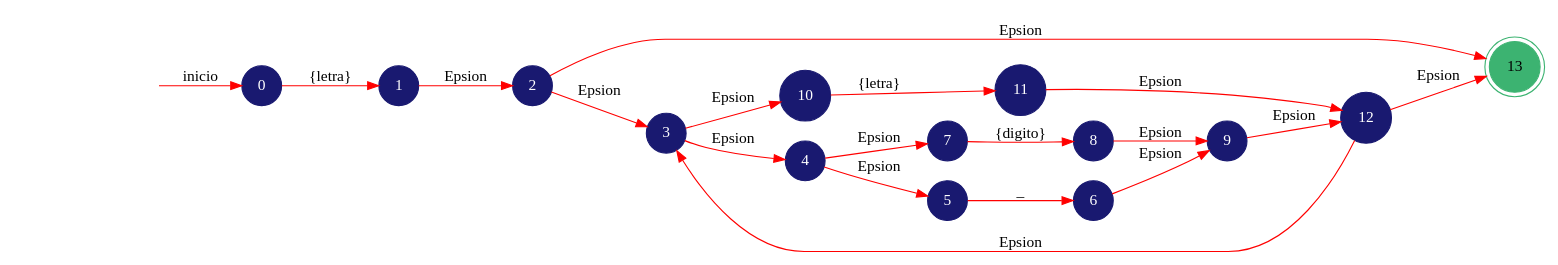
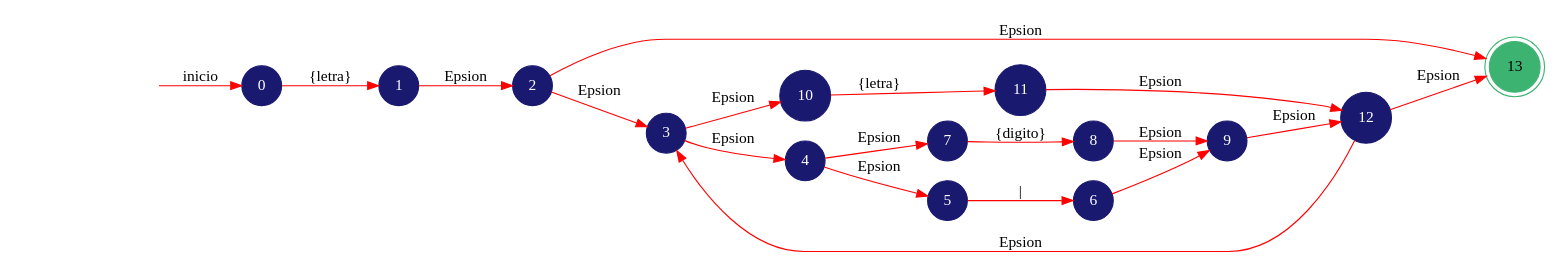
The diagram in Compi1Proyecto1/er1_AFN.dot (AhiezerRamirez/Compi1Proyecto1), drawn with Graphviz before and after one commit. The commit also changed 13 other files, not shown here.

```diff
--- a/Compi1Proyecto1/er1_AFN.dot
+++ b/Compi1Proyecto1/er1_AFN.dot
@@ -1,26 +1,26 @@
 digraph automata_finito {
 	rankdir=LR;
 	node [shape=doublecircle, style = filled,color = mediumseagreen]; "13";
 	node [shape=circle];
 	node [color=midnightblue,fontcolor=white];
 	edge [color=red];
 	secret_node [style=invis];
 	secret_node -> "0" [label="inicio"];
 	"0" -> "1" [label="{letra}"];
 	"1" -> "2" [label="Epsion"];
 	"2" -> "3" [label="Epsion"];
 	"2" -> "13" [label="Epsion"];
 	"3" -> "10" [label="Epsion"];
 	"3" -> "4" [label="Epsion"];
 	"4" -> "7" [label="Epsion"];
 	"4" -> "5" [label="Epsion"];
-	"5" -> "6" [label="_"];
+	"5" -> "6" [label="|"];
 	"6" -> "9" [label="Epsion"];
 	"7" -> "8" [label="{digito}"];
 	"8" -> "9" [label="Epsion"];
 	"9" -> "12" [label="Epsion"];
 	"10" -> "11" [label="{letra}"];
 	"11" -> "12" [label="Epsion"];
 	"12" -> "3" [label="Epsion"];
 	"12" -> "13" [label="Epsion"];
 }
```
